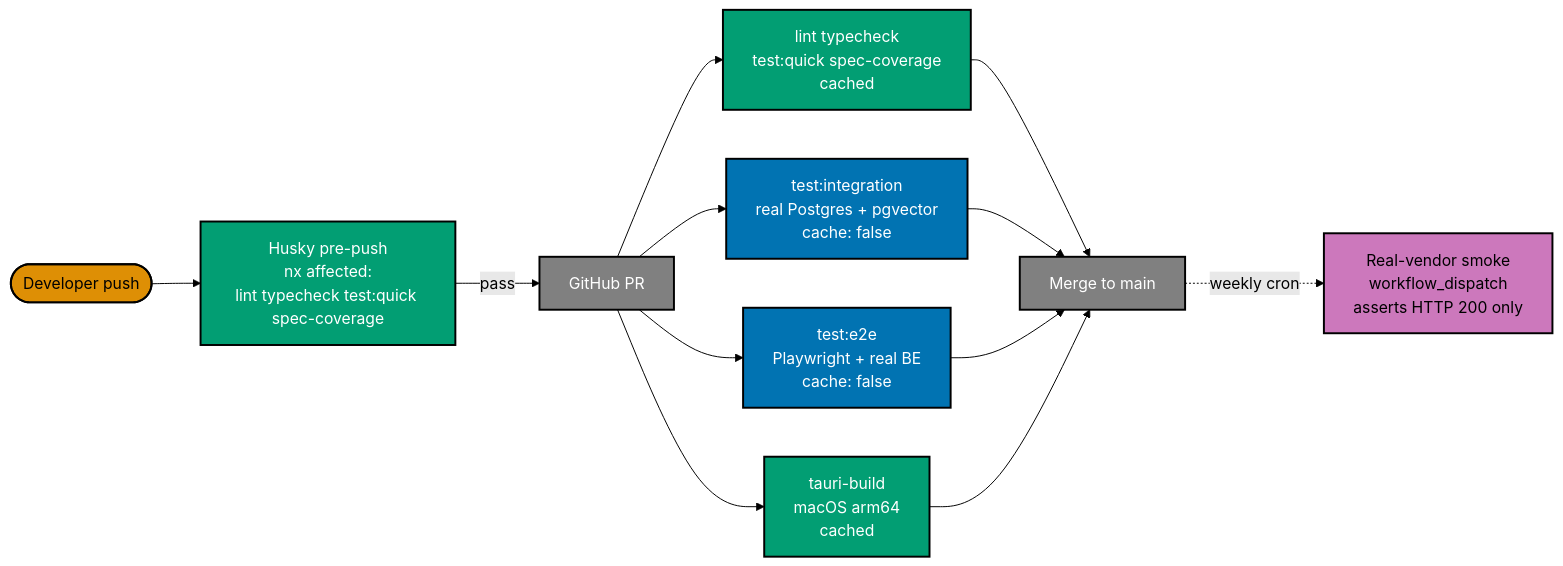
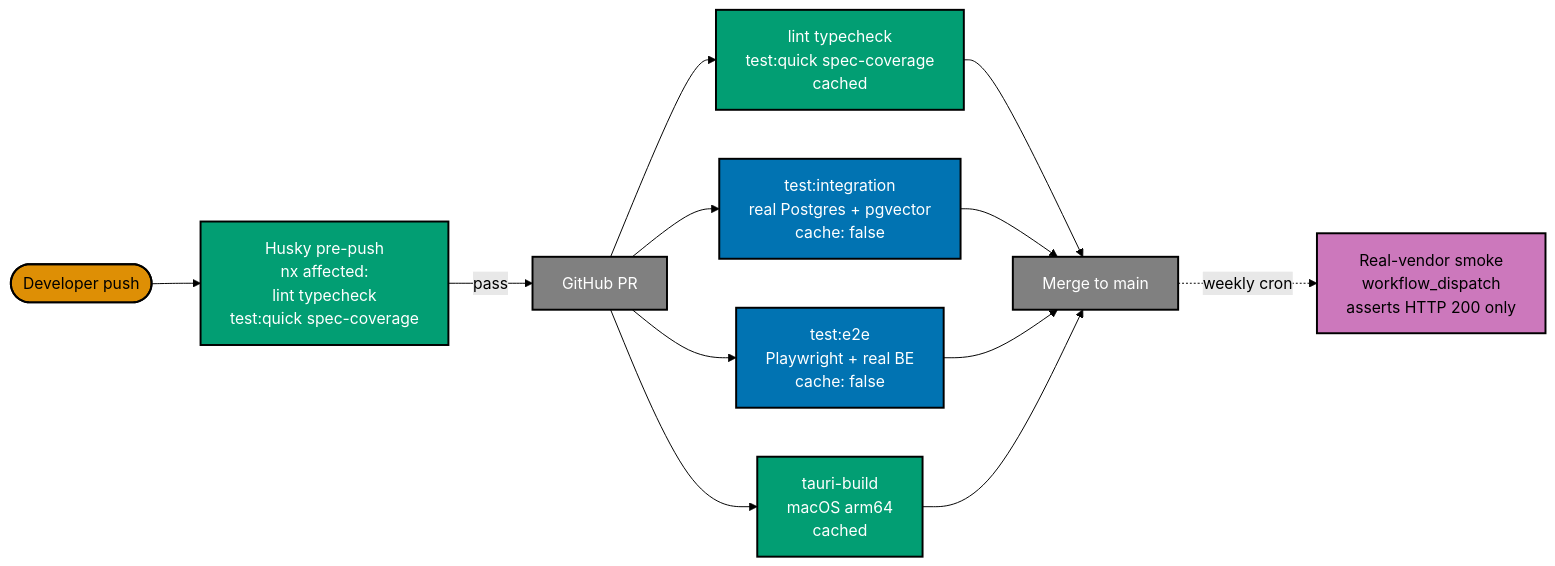
Before and after one commit to wahidyankf/ose-primer: the third of 3 diagrams in docs/explanation/software-engineering/ai-application-development/testing-ai-apps.md, drawn with Mermaid (forest theme). The commit also changed other lines of this file and 6 other files, not shown here.

Commit message:
docs: remediate mermaid violations found by broadened validate:mermaid scan

````diff
--- a/docs/explanation/software-engineering/ai-application-development/testing-ai-apps.md
+++ b/docs/explanation/software-engineering/ai-application-development/testing-ai-apps.md
@@ -752,21 +752,21 @@
 ```mermaid
 %% Color Palette: Blue #0173B2 | Orange #DE8F05 | Teal #029E73 | Purple #CC78BC | Gray #808080 | Brown #CA9161
 flowchart LR
-    DEV([Developer push]):::dev --> HOOK[Husky pre-push<br/>nx affected:<br/>lint typecheck test:quick spec-coverage]:::cache
+    DEV([Developer push]):::dev --> HOOK[Husky pre-push<br/>nx affected:<br/>lint typecheck<br/>test:quick spec-coverage]:::cache
     HOOK -->|pass| PR[GitHub PR]:::ci
     PR --> NODE1[lint typecheck<br/>test:quick spec-coverage<br/>cached]:::cache
     PR --> NODE2[test:integration<br/>real Postgres + pgvector<br/>cache: false]:::nocache
     PR --> NODE3[test:e2e<br/>Playwright + real BE<br/>cache: false]:::nocache
     PR --> NODE4[tauri-build<br/>macOS arm64<br/>cached]:::cache
     NODE1 --> MERGE[Merge to main]:::ci
     NODE2 --> MERGE
     NODE3 --> MERGE
     NODE4 --> MERGE
     MERGE -. weekly cron .-> SMOKE[Real-vendor smoke<br/>workflow_dispatch<br/>asserts HTTP 200 only]:::smoke
 
     classDef dev fill:#DE8F05,stroke:#000000,color:#000000,stroke-width:2px
     classDef cache fill:#029E73,stroke:#000000,color:#FFFFFF,stroke-width:2px
     classDef nocache fill:#0173B2,stroke:#000000,color:#FFFFFF,stroke-width:2px
     classDef ci fill:#808080,stroke:#000000,color:#FFFFFF,stroke-width:2px
     classDef smoke fill:#CC78BC,stroke:#000000,color:#000000,stroke-width:2px
 ```
````
